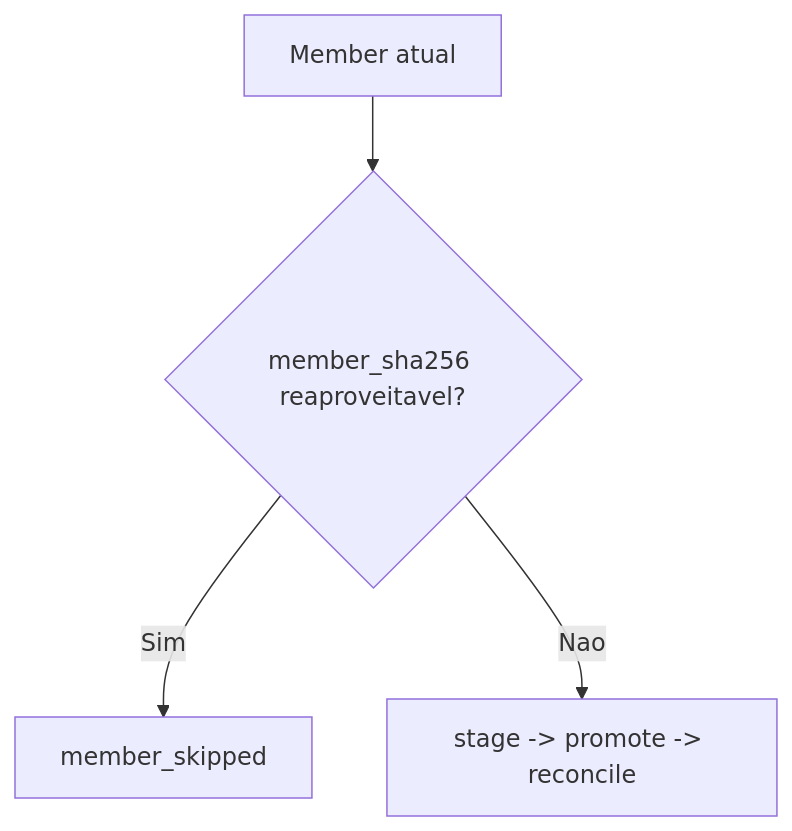
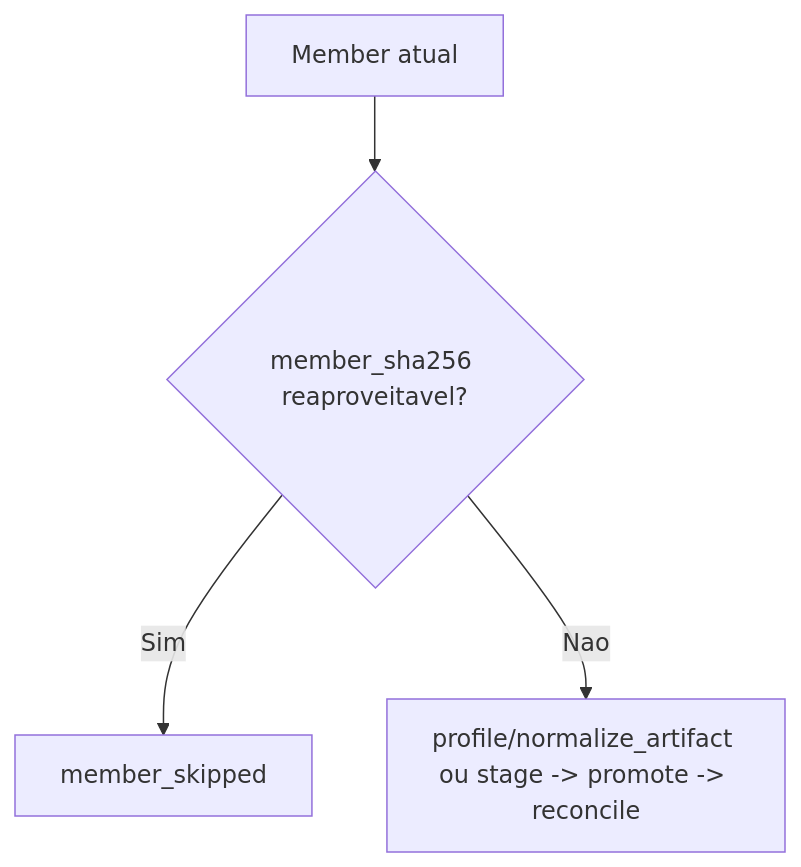
Before and after one commit to JoseLArantes/cvm.tucano: the second of 2 diagrams in docusaurus/docs/concepts/ingestion-pipeline.md, drawn with Mermaid. The commit also changed other lines of this file and 16 other files, not shown here.

````diff
--- a/docusaurus/docs/concepts/ingestion-pipeline.md
+++ b/docusaurus/docs/concepts/ingestion-pipeline.md
@@ -60,6 +106,6 @@
 ```mermaid
 flowchart TD
     A["Member atual"] --> B{"member_sha256 reaproveitavel?"}
     B -->|Sim| C["member_skipped"]
-    B -->|Nao| D["stage -> promote -> reconcile"]
+    B -->|Nao| D["profile/normalize_artifact ou stage -> promote -> reconcile"]
 ```
````
